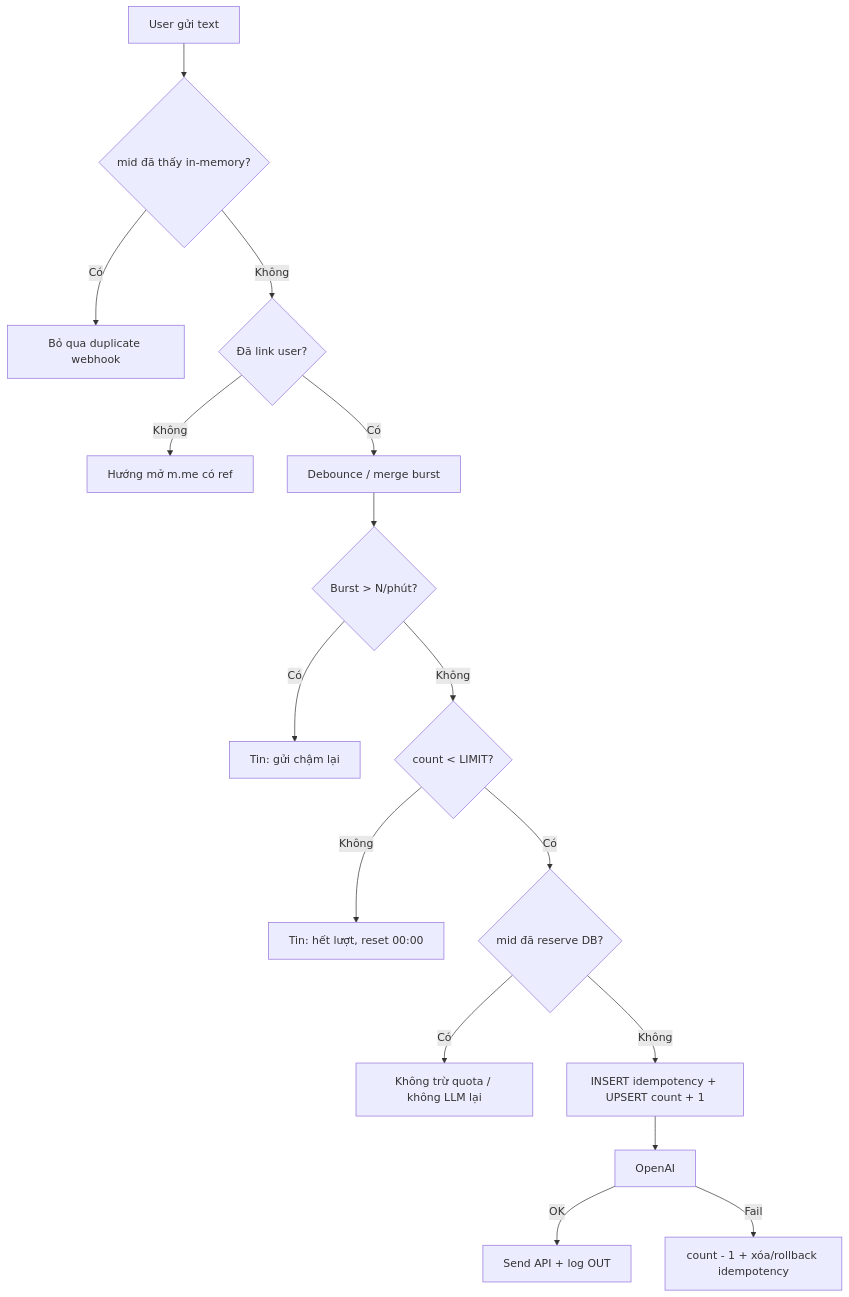
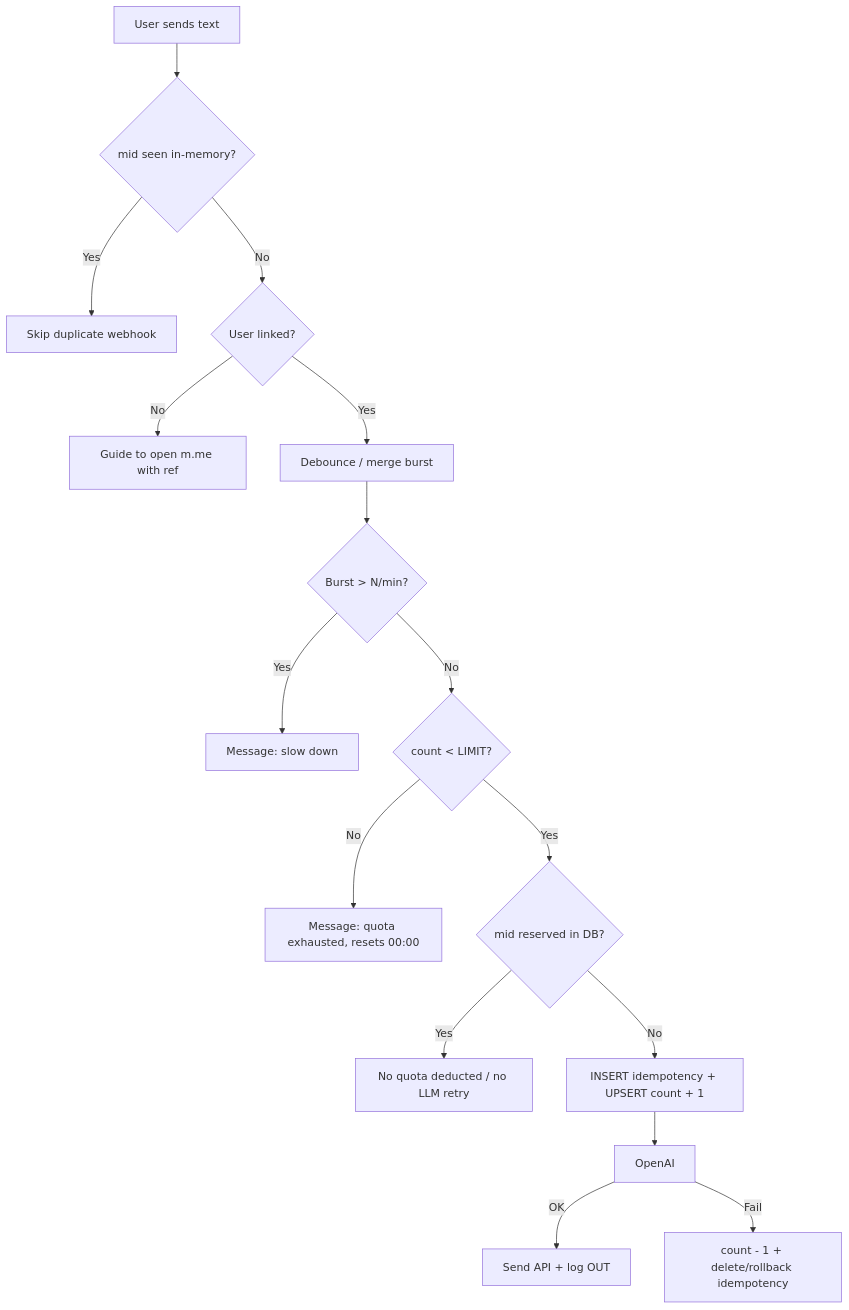
Before and after one commit to lengocanh2005it/messenger-ai-for-student: the third of 7 diagrams in apps/messenger-bot/docs/chat-rate-limit-quota.md, drawn with Mermaid. The commit also changed other lines of this file and 25 other files, not shown here.

````diff
--- a/apps/messenger-bot/docs/chat-rate-limit-quota.md
+++ b/apps/messenger-bot/docs/chat-rate-limit-quota.md
@@ -396,18 +396,18 @@
 ```mermaid
 flowchart TD
-  START[User gửi text] --> RAM{mid đã thấy in-memory?}
-  RAM -->|Có| SKIP[Bỏ qua duplicate webhook]
-  RAM -->|Không| LINK{Đã link user?}
-  LINK -->|Không| GUIDE[Hướng mở m.me có ref]
-  LINK -->|Có| DEBOUNCE[Debounce / merge burst]
-  DEBOUNCE --> BURST{Burst > N/phút?}
-  BURST -->|Có| DENY1[Tin: gửi chậm lại]
-  BURST -->|Không| QUOTA{count < LIMIT?}
-  QUOTA -->|Không| DENY2[Tin: hết lượt, reset 00:00]
-  QUOTA -->|Có| IDEM{mid đã reserve DB?}
-  IDEM -->|Có| SKIP2[Không trừ quota / không LLM lại]
-  IDEM -->|Không| RESERVE[INSERT idempotency + UPSERT count + 1]
+  START[User sends text] --> RAM{mid seen in-memory?}
+  RAM -->|Yes| SKIP[Skip duplicate webhook]
+  RAM -->|No| LINK{User linked?}
+  LINK -->|No| GUIDE[Guide to open m.me with ref]
+  LINK -->|Yes| DEBOUNCE[Debounce / merge burst]
+  DEBOUNCE --> BURST{Burst > N/min?}
+  BURST -->|Yes| DENY1[Message: slow down]
+  BURST -->|No| QUOTA{count < LIMIT?}
+  QUOTA -->|No| DENY2[Message: quota exhausted, resets 00:00]
+  QUOTA -->|Yes| IDEM{mid reserved in DB?}
+  IDEM -->|Yes| SKIP2[No quota deducted / no LLM retry]
+  IDEM -->|No| RESERVE[INSERT idempotency + UPSERT count + 1]
   RESERVE --> LLM[OpenAI]
   LLM -->|OK| SEND[Send API + log OUT]
-  LLM -->|Fail| REFUND[count - 1 + xóa/rollback idempotency]
+  LLM -->|Fail| REFUND[count - 1 + delete/rollback idempotency]
 ```
````
